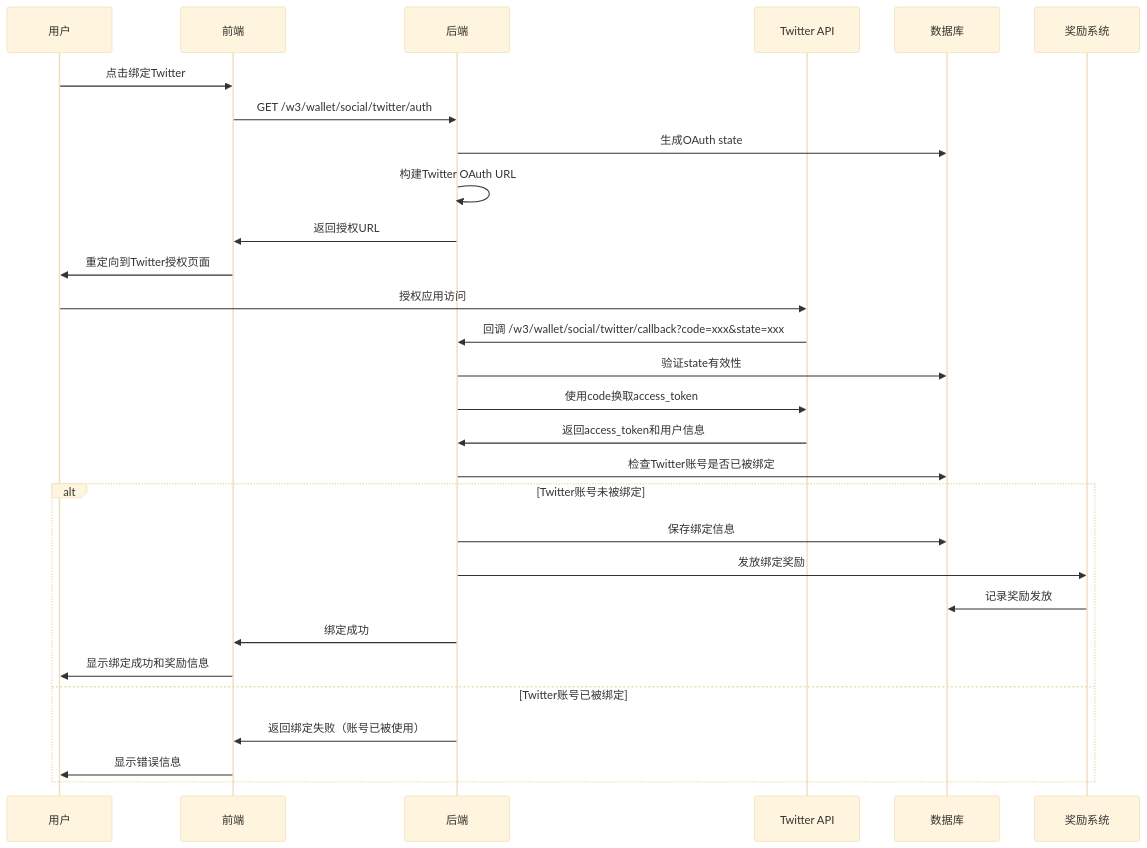
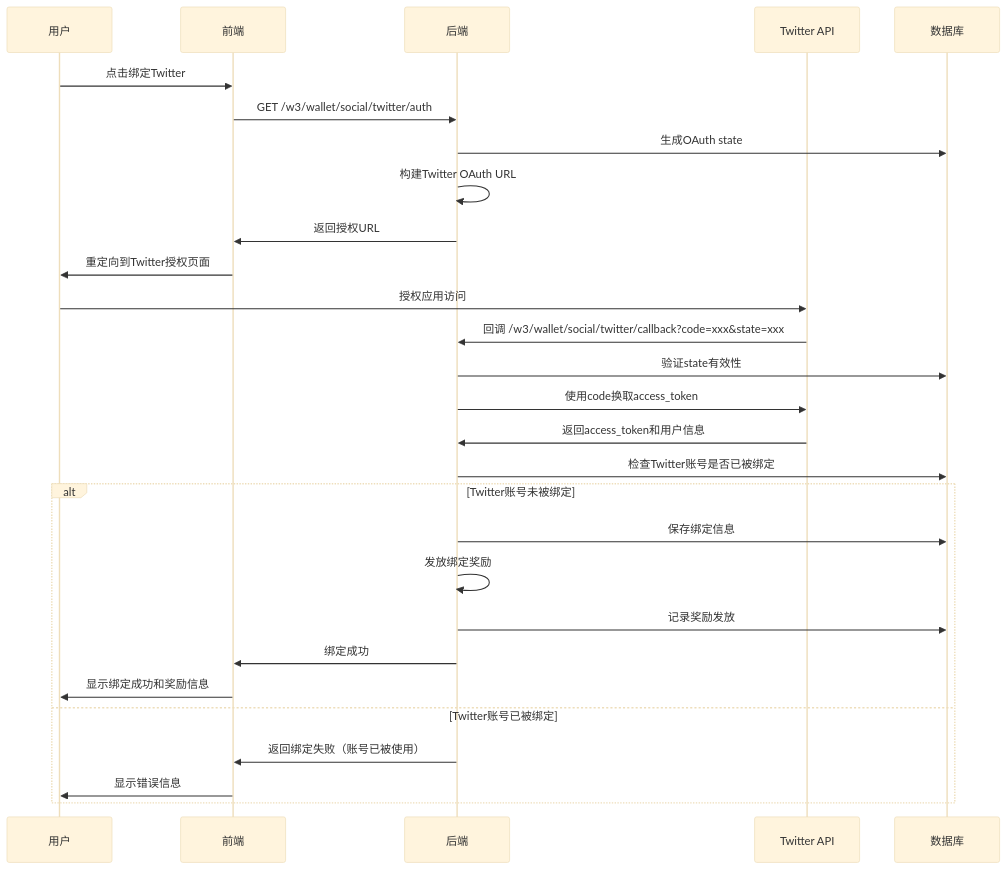
Before and after one commit to yingjianzh/iodraw-files: the diagram in all/未命名-71.md, drawn with Mermaid (base theme).

Commit message:
2025-07-03 16:25:57 update

````diff
--- a/all/未命名-71.md
+++ b/all/未命名-71.md
@@ -1,34 +1,33 @@
 ```mermaid
 sequenceDiagram
     participant User as 用户
     participant Frontend as 前端
     participant Backend as 后端
     participant Twitter as Twitter API
     participant DB as 数据库
-    participant Reward as 奖励系统
 
     User->>Frontend: 点击绑定Twitter
     Frontend->>Backend: GET /w3/wallet/social/twitter/auth
     Backend->>DB: 生成OAuth state
     Backend->>Backend: 构建Twitter OAuth URL
     Backend->>Frontend: 返回授权URL
     Frontend->>User: 重定向到Twitter授权页面
     
     User->>Twitter: 授权应用访问
     Twitter->>Backend: 回调 /w3/wallet/social/twitter/callback?code=xxx&state=xxx
     Backend->>DB: 验证state有效性
     Backend->>Twitter: 使用code换取access_token
     Twitter->>Backend: 返回access_token和用户信息
     Backend->>DB: 检查Twitter账号是否已被绑定
     
     alt Twitter账号未被绑定
         Backend->>DB: 保存绑定信息
-        Backend->>Reward: 发放绑定奖励
-        Reward->>DB: 记录奖励发放
+        Backend->>Backend: 发放绑定奖励
+        Backend->>DB: 记录奖励发放
         Backend->>Frontend: 绑定成功
         Frontend->>User: 显示绑定成功和奖励信息
     else Twitter账号已被绑定
         Backend->>Frontend: 返回绑定失败（账号已被使用）
         Frontend->>User: 显示错误信息
     end
 ```
````
